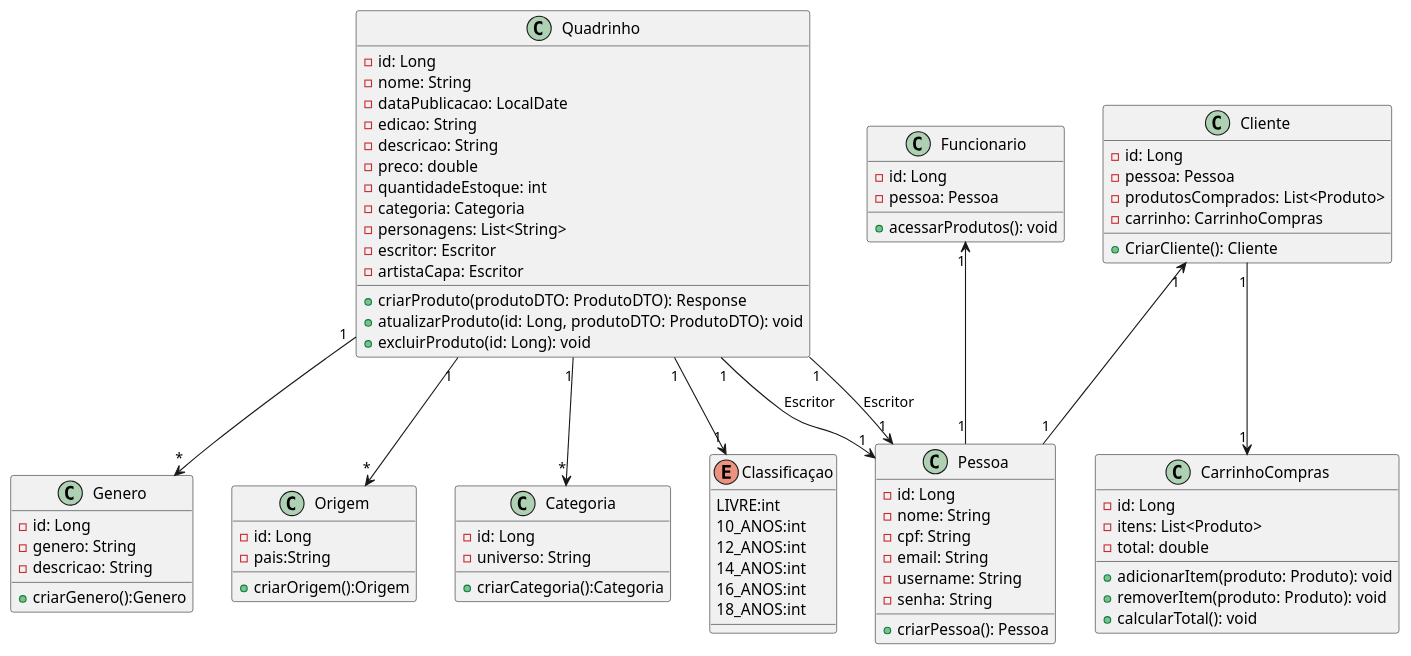
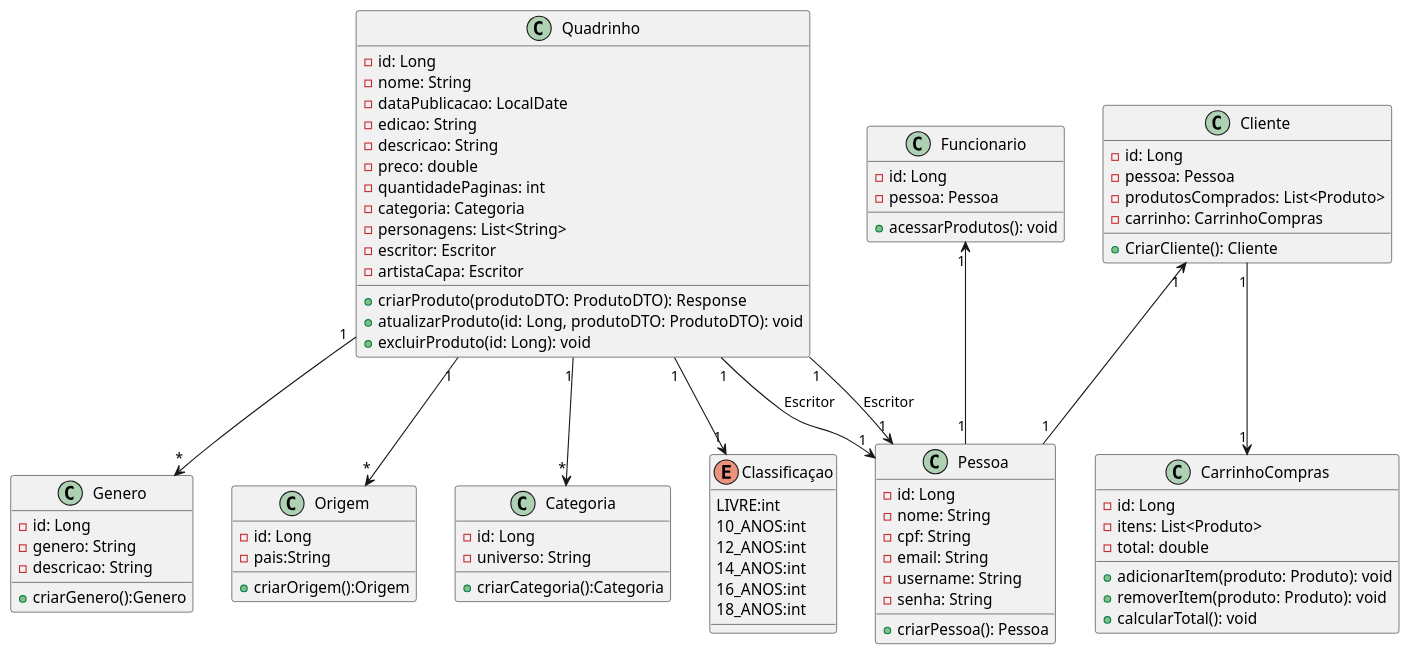
The diagram in src/main/resources/docs/uml.plantuml (paulofveras/Westview), drawn with PlantUML before and after one commit. The commit also changed 30 other files, not shown here.

```diff
--- a/src/main/resources/docs/uml.plantuml
+++ b/src/main/resources/docs/uml.plantuml
@@ -1,91 +1,91 @@
 @startuml westview_quadrinhos
 
 enum Classificaçao {
     LIVRE:int
     10_ANOS:int
     12_ANOS:int
     14_ANOS:int
     16_ANOS:int
     18_ANOS:int
 }
 
 class Quadrinho {
     - id: Long
     - nome: String
     - dataPublicacao: LocalDate
     - edicao: String
     - descricao: String
     - preco: double
-    - quantidadeEstoque: int
+    - quantidadePaginas: int
     - categoria: Categoria
     - personagens: List<String>
     - escritor: Escritor
     - artistaCapa: Escritor
     + criarProduto(produtoDTO: ProdutoDTO): Response
     + atualizarProduto(id: Long, produtoDTO: ProdutoDTO): void
     + excluirProduto(id: Long): void
 }
 
 class Pessoa {
     - id: Long
     - nome: String
     - cpf: String
     - email: String
     - username: String
     - senha: String
     +criarPessoa(): Pessoa
 }
 
 class Genero {
   -id: Long
   -genero: String
   -descricao: String
   +criarGenero():Genero
 }
 
 class Origem {
   -id: Long
   -pais:String
   +criarOrigem():Origem
 }
 
 class Categoria {
   -id: Long
   -universo: String
   +criarCategoria():Categoria
 }
 
 class Cliente {
     - id: Long
     - pessoa: Pessoa
     - produtosComprados: List<Produto>
     - carrinho: CarrinhoCompras
     +CriarCliente(): Cliente
 }
 
 class Funcionario {
     - id: Long
     - pessoa: Pessoa
     + acessarProdutos(): void
 }
 
 class CarrinhoCompras {
     - id: Long
     - itens: List<Produto>
     - total: double
     + adicionarItem(produto: Produto): void
     + removerItem(produto: Produto): void
     + calcularTotal(): void
 }
 
 Quadrinho "1" --> "*" Categoria
 Quadrinho "1" --> "*" Genero
 Quadrinho "1" --> "*" Origem 
 Quadrinho "1" --> "1" Classificaçao
 Quadrinho "1" --> "1" Pessoa : Escritor
 Quadrinho "1" --> "1" Pessoa : Escritor
 Funcionario "1" <-- "1" Pessoa
 Cliente "1" <-- "1" Pessoa
 Cliente "1" --> "1" CarrinhoCompras
 
 @enduml
```
